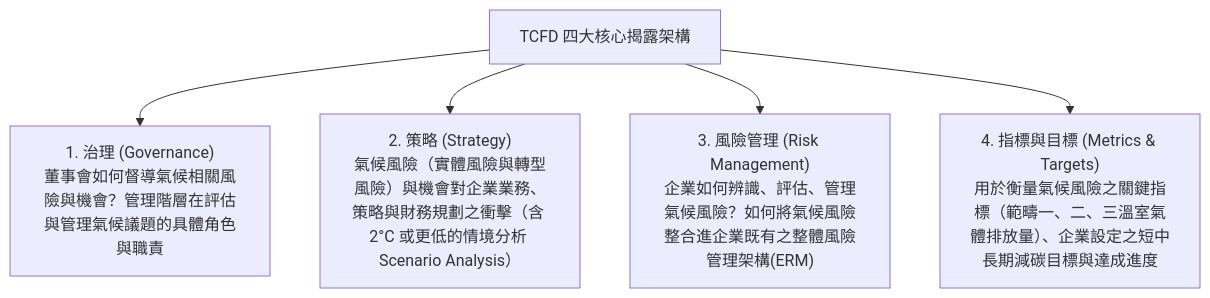
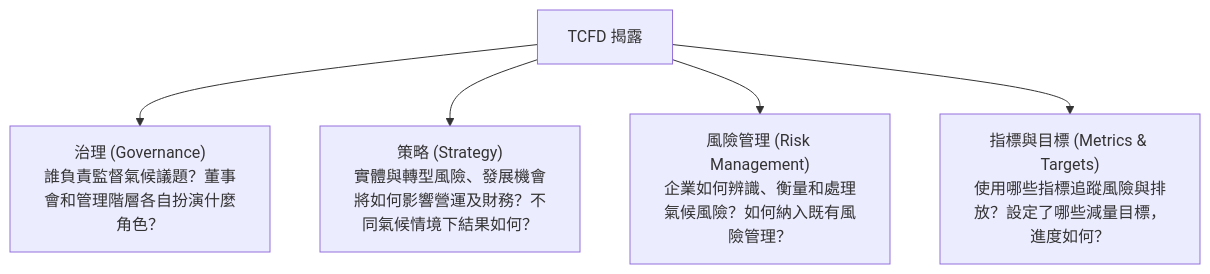
One commit to ehackerevan/exam-study-platform changed the diagram in 教材/永續發展基礎能力重點教材/04_企業永續資訊揭露(IFRS永續準則)與反漂綠.md. Above: the diagram before and after it, drawn with Mermaid. The commit also changed other lines of this file and 11 other files, not shown here.

````diff
--- a/教材/永續發展基礎能力重點教材/04_企業永續資訊揭露(IFRS永續準則)與反漂綠.md
+++ b/教材/永續發展基礎能力重點教材/04_企業永續資訊揭露(IFRS永續準則)與反漂綠.md
@@ -24,8 +17,8 @@
 ```mermaid
 graph TD
-    A[" TCFD 四大核心揭露架構"]
-    A --> B["1. 治理 (Governance)<br/>董事會如何督導氣候相關風險與機會？管理階層在評估與管理氣候議題的具體角色與職責"]
-    A --> C["2. 策略 (Strategy)<br/>氣候風險（實體風險與轉型風險）與機會對企業業務、策略與財務規劃之衝擊（含 2°C 或更低的情境分析 Scenario Analysis）"]
-    A --> D["3. 風險管理 (Risk Management)<br/>企業如何辨識、評估、管理氣候風險？如何將氣候風險整合進企業既有之整體風險管理架構(ERM)"]
-    A --> E["4. 指標與目標 (Metrics & Targets)<br/>用於衡量氣候風險之關鍵指標（範疇一、二、三溫室氣體排放量）、企業設定之短中長期減碳目標與達成進度"]
+    A["TCFD 揭露"]
+    A --> B["治理 (Governance)<br/>誰負責監督氣候議題？董事會和管理階層各自扮演什麼角色？"]
+    A --> C["策略 (Strategy)<br/>實體與轉型風險、發展機會將如何影響營運及財務？不同氣候情境下結果如何？"]
+    A --> D["風險管理 (Risk Management)<br/>企業如何辨識、衡量和處理氣候風險？如何納入既有風險管理？"]
+    A --> E["指標與目標 (Metrics & Targets)<br/>使用哪些指標追蹤風險與排放？設定了哪些減量目標，進度如何？"]
 ```
````
